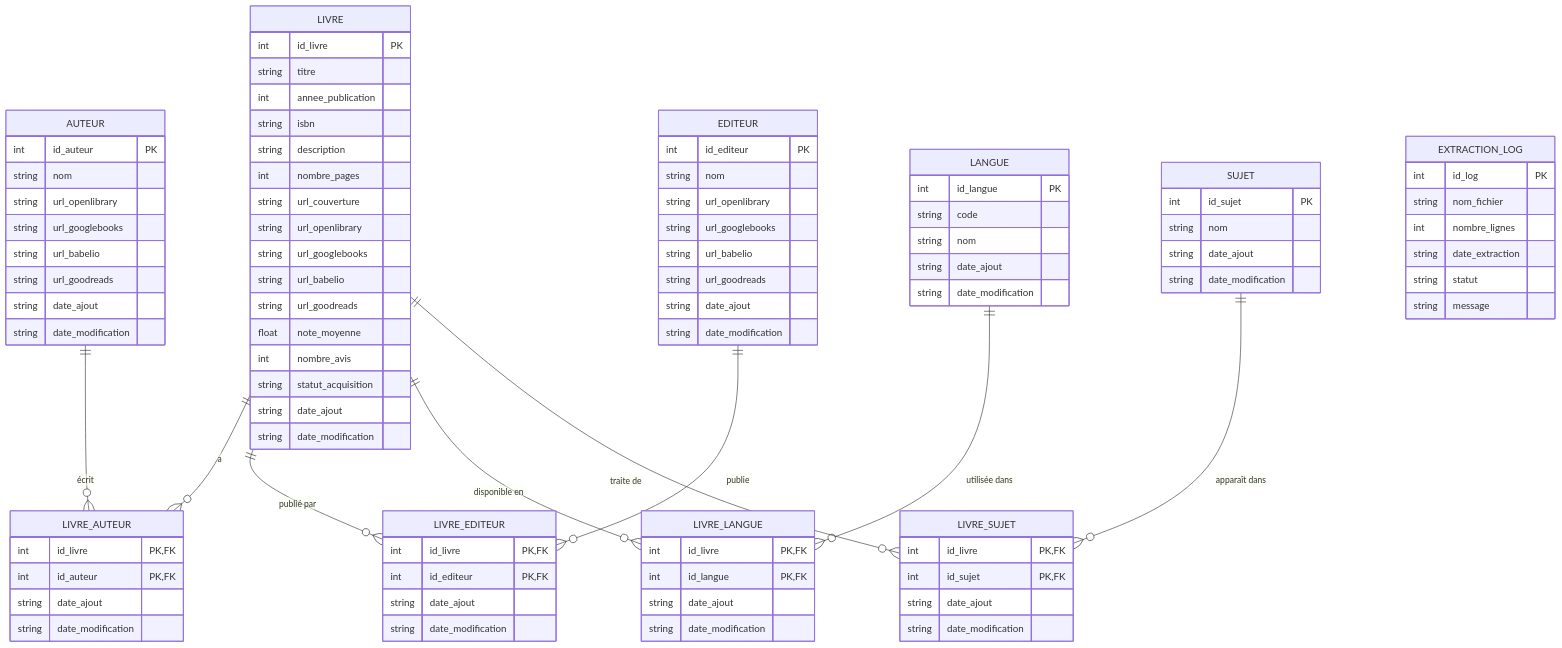
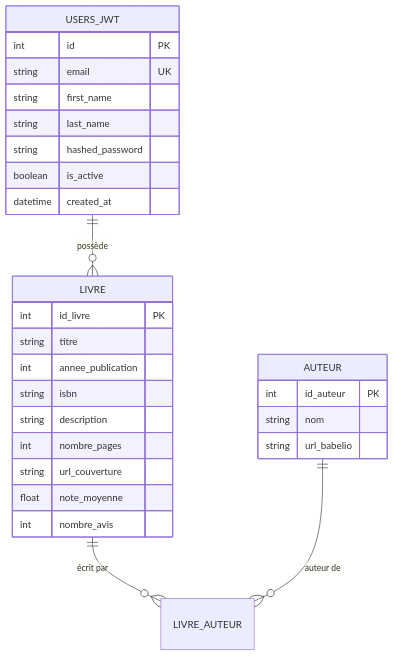
One commit to dydou375/databook changed the diagram in README.md. Above: the diagram before and after it, drawn with Mermaid. The commit also changed other lines of this file and 1 other file, not shown here.

````diff
--- a/README.md
+++ b/README.md
@@ -42,88 +40,25 @@
         string description
         int nombre_pages
         string url_couverture
-        string url_openlibrary
-        string url_googlebooks
-        string url_babelio
-        string url_goodreads
         float note_moyenne
         int nombre_avis
-        string statut_acquisition
-        string date_ajout
-        string date_modification
     }
     AUTEUR {
         int id_auteur PK
         string nom
-        string url_openlibrary
-        string url_googlebooks
         string url_babelio
-        string url_goodreads
-        string date_ajout
-        string date_modification
     }
-    EDITEUR {
-        int id_editeur PK
-        string nom
-        string url_openlibrary
-        string url_googlebooks
-        string url_babelio
-        string url_goodreads
-        string date_ajout
-        string date_modification
+    USERS_JWT {
+        int id PK
+        string email UK
+        string first_name
+        string last_name
+        string hashed_password
+        boolean is_active
+        datetime created_at
     }
-    LANGUE {
-        int id_langue PK
-        string code
-        string nom
-        string date_ajout
-        string date_modification
-    }
-    SUJET {
-        int id_sujet PK
-        string nom
-        string date_ajout
-        string date_modification
-    }
-    LIVRE_AUTEUR {
-        int id_livre PK,FK
-        int id_auteur PK,FK
-        string date_ajout
-        string date_modification
-    }
-    LIVRE_EDITEUR {
-        int id_livre PK,FK
-        int id_editeur PK,FK
-        string date_ajout
-        string date_modification
-    }
-    LIVRE_LANGUE {
-        int id_livre PK,FK
-        int id_langue PK,FK
-        string date_ajout
-        string date_modification
-    }
-    LIVRE_SUJET {
-        int id_livre PK,FK
-        int id_sujet PK,FK
-        string date_ajout
-        string date_modification
-    }
-    EXTRACTION_LOG {
-        int id_log PK
-        string nom_fichier
-        int nombre_lignes
-        string date_extraction
-        string statut
-        string message
-    }
-
-    LIVRE ||--o{ LIVRE_AUTEUR : "a"
-    AUTEUR ||--o{ LIVRE_AUTEUR : "écrit"
-    LIVRE ||--o{ LIVRE_EDITEUR : "publié par"
-    EDITEUR ||--o{ LIVRE_EDITEUR : "publie"
-    LIVRE ||--o{ LIVRE_LANGUE : "disponible en"
-    LANGUE ||--o{ LIVRE_LANGUE : "utilisée dans"
-    LIVRE ||--o{ LIVRE_SUJET : "traite de"
-    SUJET ||--o{ LIVRE_SUJET : "apparaît dans"
+    
+    LIVRE ||--o{ LIVRE_AUTEUR : "écrit par"
+    AUTEUR ||--o{ LIVRE_AUTEUR : "auteur de"
+    USERS_JWT ||--o{ LIVRE : "possède"
 ```
````
